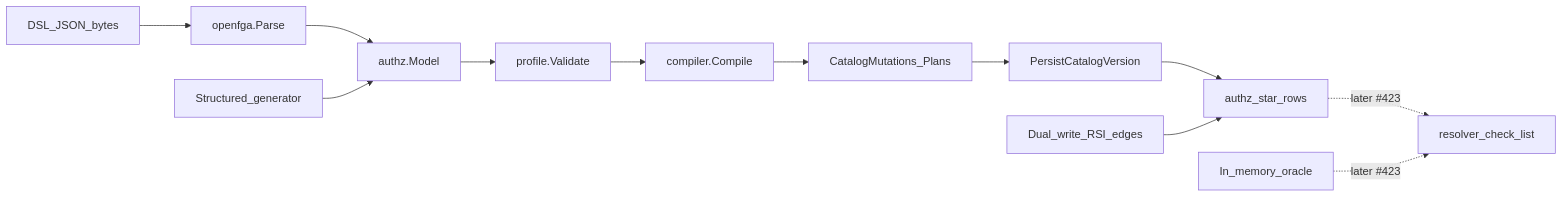
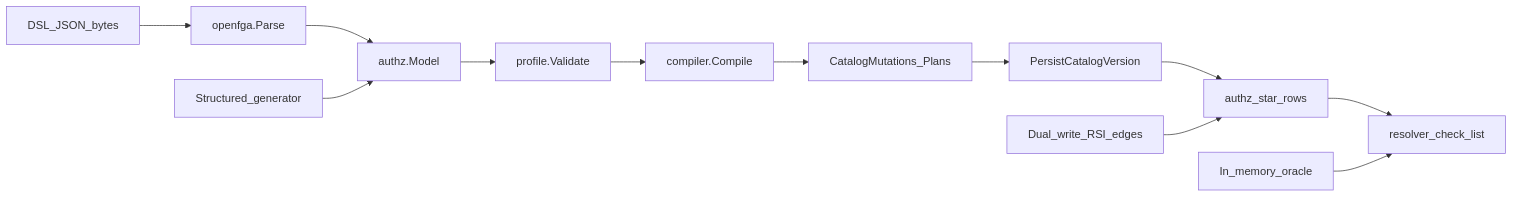
One commit to zitadel/nextgen changed the diagram in docs/design/api/authz-testing.md. Above: the diagram before and after it, drawn with Mermaid. The commit also changed other lines of this file and 15 other files, not shown here.

First line of the commit message:
feat(authz): add permission resolver library and L4 oracle tests

````diff
--- a/docs/design/api/authz-testing.md
+++ b/docs/design/api/authz-testing.md
@@ -42,14 +41,14 @@
 ```mermaid
 flowchart LR
   dsl[DSL_JSON_bytes] --> parse[openfga.Parse]
   parse --> ir[authz.Model]
   gen[Structured_generator] --> ir
   ir --> profile[profile.Validate]
   profile --> compile[compiler.Compile]
   compile --> mut[CatalogMutations_Plans]
   mut --> persist[PersistCatalogVersion]
   persist --> rows[authz_star_rows]
   facts[Dual_write_RSI_edges] --> rows
-  rows -.->|"later #423"| resolve[resolver_check_list]
-  oracle[In_memory_oracle] -.->|"later #423"| resolve
+  rows --> resolve[resolver_check_list]
+  oracle[In_memory_oracle] --> resolve
 ```
````
